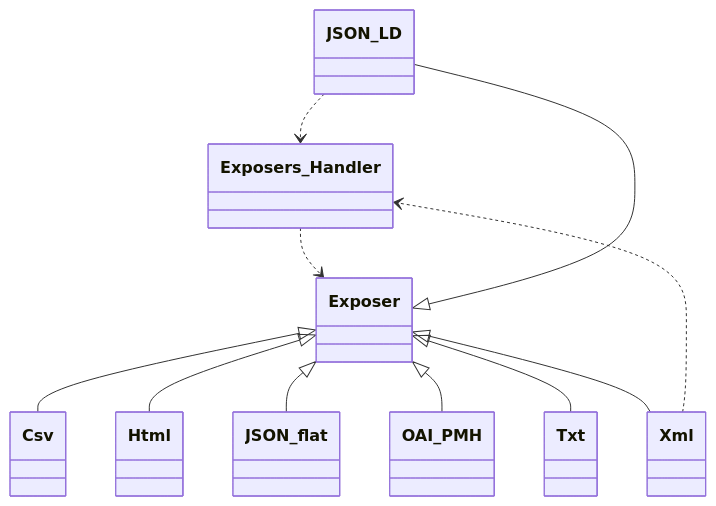
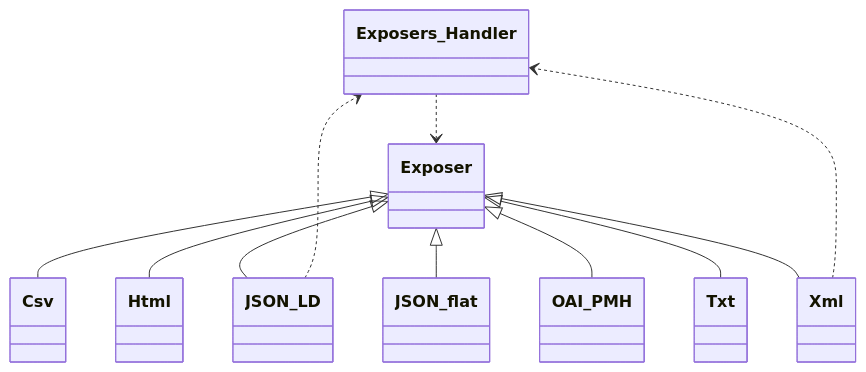
Before and after one commit to tainacan/tainacan: the sixth of 13 diagrams in docs/phpdoc/Home.md, drawn with Mermaid. The commit also changed other lines of this file and 95 other files, not shown here.

````diff
--- a/docs/phpdoc/Home.md
+++ b/docs/phpdoc/Home.md
@@ -455,23 +455,23 @@
 ```mermaid
 classDiagram
     direction TB
+    class Txt { }
+    class Exposers_Handler { }
+    class Csv { }
+    class OAI_PMH { }
+    class Html { }
+    class JSON_flat { }
+    class Xml { }
     class JSON_LD { }
     class Exposer { }
-    class JSON_flat { }
-    class Csv { }
-    class OAI_PMH { }
-    class Txt { }
-    class Xml { }
-    class Exposers_Handler { }
-    class Html { }
     Exposer <|-- Csv
     Exposer <|-- Html
     Exposer <|-- JSON_LD
     Exposer <|-- JSON_flat
     Exposer <|-- OAI_PMH
     Exposer <|-- Txt
     Exposer <|-- Xml
     Exposers_Handler ..> Exposer
     JSON_LD ..> Exposers_Handler
     Xml ..> Exposers_Handler
 ```
````
